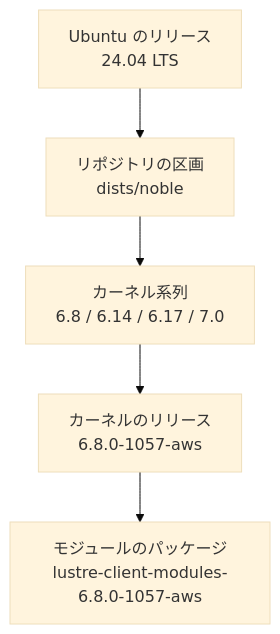
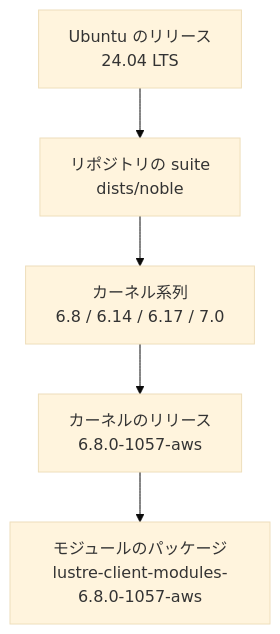
One commit to littlemex/zenn changed the first of 4 diagrams in articles/73cedcb6add298.md. Above: the diagram before and after it, drawn with Mermaid (base theme). The commit also changed other lines of this file, not shown here.

````diff
--- a/articles/73cedcb6add298.md
+++ b/articles/73cedcb6add298.md
@@ -46,7 +46,7 @@
 ```mermaid
 graph TD
-  A["Ubuntu のリリース<br/>24.04 LTS"] --> B["リポジトリの区画<br/>dists/noble"]
+  A["Ubuntu のリリース<br/>24.04 LTS"] --> B["リポジトリの suite<br/>dists/noble"]
   B --> C["カーネル系列<br/>6.8 / 6.14 / 6.17 / 7.0"]
   C --> D["カーネルのリリース<br/>6.8.0-1057-aws"]
   D --> E["モジュールのパッケージ<br/>lustre-client-modules-6.8.0-1057-aws"]
 ```
````
